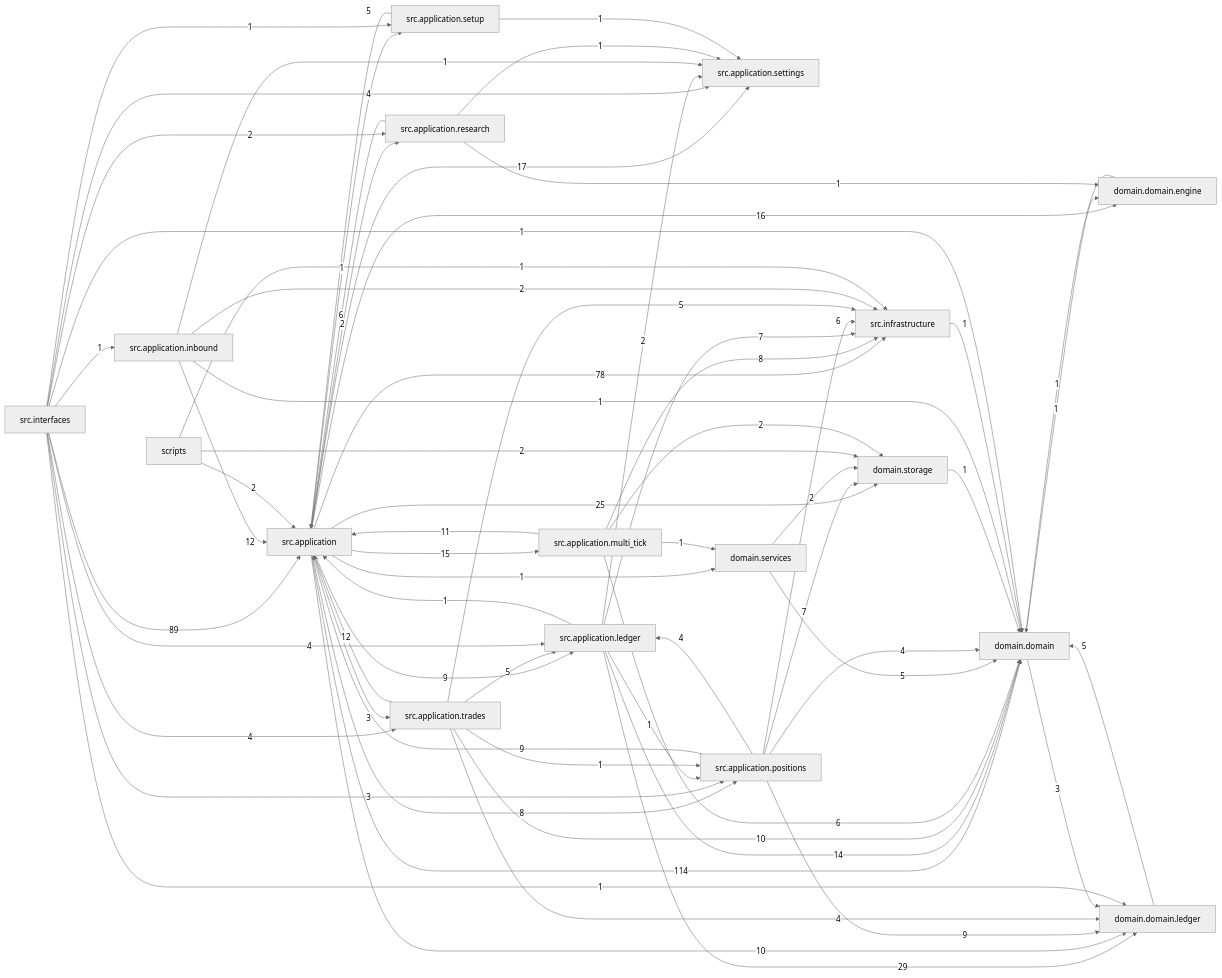
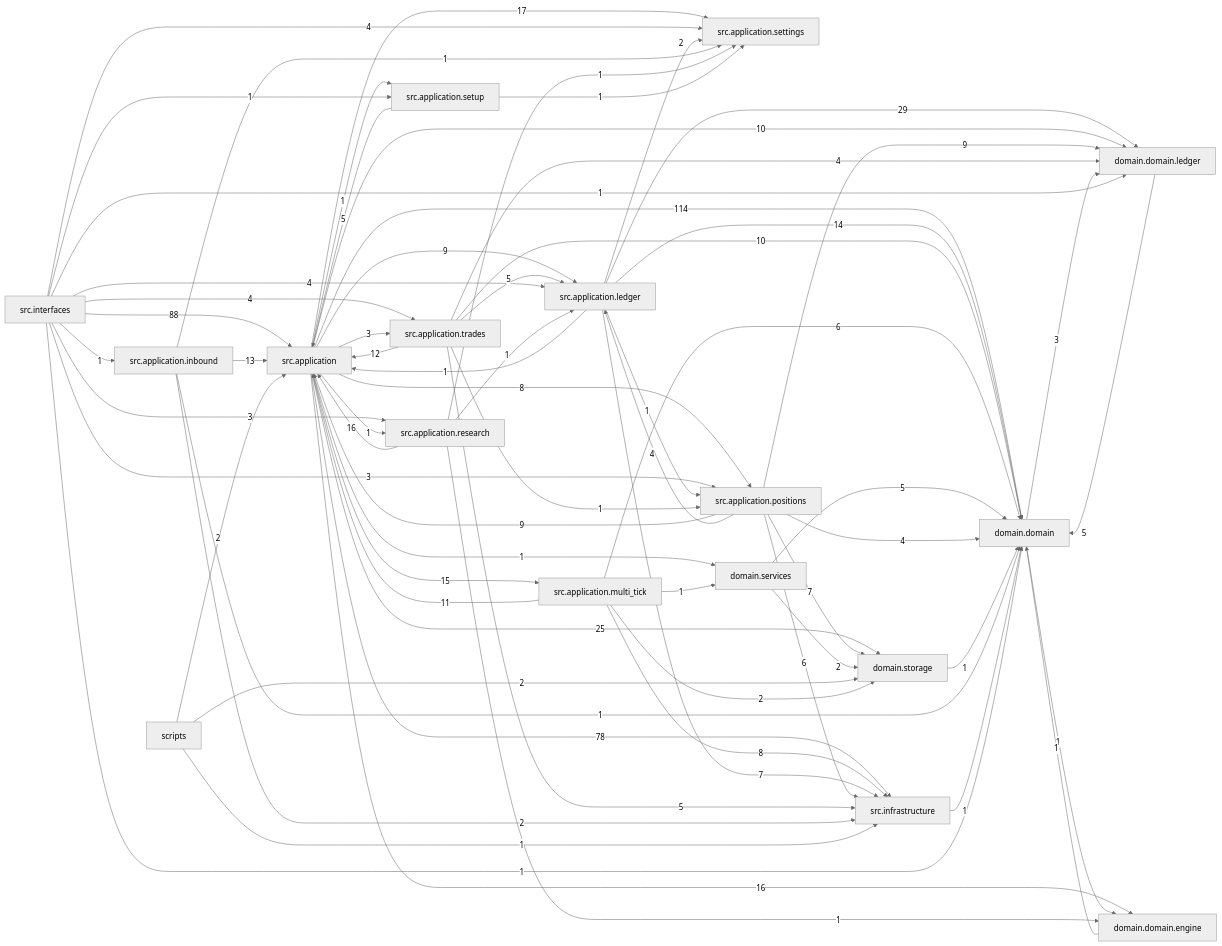
Before and after one commit to liuxie066/options-monitor: the diagram in docs/dependency_graph.mmd, drawn with Mermaid (neutral theme). The commit also changed 27 other files, not shown here.

```diff
--- a/docs/dependency_graph.mmd
+++ b/docs/dependency_graph.mmd
@@ -1,67 +1,68 @@
 flowchart LR
   src_application["src.application"] -->|114| domain_domain["domain.domain"]
-  src_interfaces["src.interfaces"] -->|89| src_application["src.application"]
+  src_interfaces["src.interfaces"] -->|88| src_application["src.application"]
   src_application["src.application"] -->|78| src_infrastructure["src.infrastructure"]
   src_application_ledger["src.application.ledger"] -->|29| domain_domain_ledger["domain.domain.ledger"]
   src_application["src.application"] -->|25| domain_storage["domain.storage"]
   src_application["src.application"] -->|17| src_application_settings["src.application.settings"]
   src_application["src.application"] -->|16| domain_domain_engine["domain.domain.engine"]
+  src_application_research["src.application.research"] -->|16| src_application["src.application"]
   src_application["src.application"] -->|15| src_application_multi_tick["src.application.multi_tick"]
   src_application_ledger["src.application.ledger"] -->|14| domain_domain["domain.domain"]
-  src_application_inbound["src.application.inbound"] -->|12| src_application["src.application"]
+  src_application_inbound["src.application.inbound"] -->|13| src_application["src.application"]
   src_application_trades["src.application.trades"] -->|12| src_application["src.application"]
   src_application_multi_tick["src.application.multi_tick"] -->|11| src_application["src.application"]
   src_application["src.application"] -->|10| domain_domain_ledger["domain.domain.ledger"]
   src_application_trades["src.application.trades"] -->|10| domain_domain["domain.domain"]
   src_application["src.application"] -->|9| src_application_ledger["src.application.ledger"]
   src_application_positions["src.application.positions"] -->|9| domain_domain_ledger["domain.domain.ledger"]
   src_application_positions["src.application.positions"] -->|9| src_application["src.application"]
   src_application["src.application"] -->|8| src_application_positions["src.application.positions"]
   src_application_multi_tick["src.application.multi_tick"] -->|8| src_infrastructure["src.infrastructure"]
   src_application_ledger["src.application.ledger"] -->|7| src_infrastructure["src.infrastructure"]
   src_application_positions["src.application.positions"] -->|7| domain_storage["domain.storage"]
   src_application_multi_tick["src.application.multi_tick"] -->|6| domain_domain["domain.domain"]
   src_application_positions["src.application.positions"] -->|6| src_infrastructure["src.infrastructure"]
-  src_application_research["src.application.research"] -->|6| src_application["src.application"]
   domain_domain_ledger["domain.domain.ledger"] -->|5| domain_domain["domain.domain"]
   domain_services["domain.services"] -->|5| domain_domain["domain.domain"]
   src_application_setup["src.application.setup"] -->|5| src_application["src.application"]
   src_application_trades["src.application.trades"] -->|5| src_application_ledger["src.application.ledger"]
   src_application_trades["src.application.trades"] -->|5| src_infrastructure["src.infrastructure"]
   src_application_positions["src.application.positions"] -->|4| domain_domain["domain.domain"]
   src_application_positions["src.application.positions"] -->|4| src_application_ledger["src.application.ledger"]
   src_application_trades["src.application.trades"] -->|4| domain_domain_ledger["domain.domain.ledger"]
   src_interfaces["src.interfaces"] -->|4| src_application_ledger["src.application.ledger"]
   src_interfaces["src.interfaces"] -->|4| src_application_settings["src.application.settings"]
   src_interfaces["src.interfaces"] -->|4| src_application_trades["src.application.trades"]
   domain_domain["domain.domain"] -->|3| domain_domain_ledger["domain.domain.ledger"]
   src_application["src.application"] -->|3| src_application_trades["src.application.trades"]
   src_interfaces["src.interfaces"] -->|3| src_application_positions["src.application.positions"]
+  src_interfaces["src.interfaces"] -->|3| src_application_research["src.application.research"]
   domain_services["domain.services"] -->|2| domain_storage["domain.storage"]
   scripts["scripts"] -->|2| domain_storage["domain.storage"]
   scripts["scripts"] -->|2| src_application["src.application"]
-  src_application["src.application"] -->|2| src_application_research["src.application.research"]
   src_application_inbound["src.application.inbound"] -->|2| src_infrastructure["src.infrastructure"]
   src_application_ledger["src.application.ledger"] -->|2| src_application_settings["src.application.settings"]
   src_application_multi_tick["src.application.multi_tick"] -->|2| domain_storage["domain.storage"]
-  src_interfaces["src.interfaces"] -->|2| src_application_research["src.application.research"]
   domain_domain["domain.domain"] -->|1| domain_domain_engine["domain.domain.engine"]
   domain_domain_engine["domain.domain.engine"] -->|1| domain_domain["domain.domain"]
   domain_storage["domain.storage"] -->|1| domain_domain["domain.domain"]
   scripts["scripts"] -->|1| src_infrastructure["src.infrastructure"]
   src_application["src.application"] -->|1| domain_services["domain.services"]
+  src_application["src.application"] -->|1| src_application_research["src.application.research"]
   src_application["src.application"] -->|1| src_application_setup["src.application.setup"]
   src_application_inbound["src.application.inbound"] -->|1| domain_domain["domain.domain"]
   src_application_inbound["src.application.inbound"] -->|1| src_application_settings["src.application.settings"]
   src_application_ledger["src.application.ledger"] -->|1| src_application["src.application"]
   src_application_ledger["src.application.ledger"] -->|1| src_application_positions["src.application.positions"]
   src_application_multi_tick["src.application.multi_tick"] -->|1| domain_services["domain.services"]
   src_application_research["src.application.research"] -->|1| domain_domain_engine["domain.domain.engine"]
+  src_application_research["src.application.research"] -->|1| src_application_ledger["src.application.ledger"]
   src_application_research["src.application.research"] -->|1| src_application_settings["src.application.settings"]
   src_application_setup["src.application.setup"] -->|1| src_application_settings["src.application.settings"]
   src_application_trades["src.application.trades"] -->|1| src_application_positions["src.application.positions"]
   src_infrastructure["src.infrastructure"] -->|1| domain_domain["domain.domain"]
   src_interfaces["src.interfaces"] -->|1| domain_domain["domain.domain"]
   src_interfaces["src.interfaces"] -->|1| domain_domain_ledger["domain.domain.ledger"]
   src_interfaces["src.interfaces"] -->|1| src_application_inbound["src.application.inbound"]
   src_interfaces["src.interfaces"] -->|1| src_application_setup["src.application.setup"]
```
